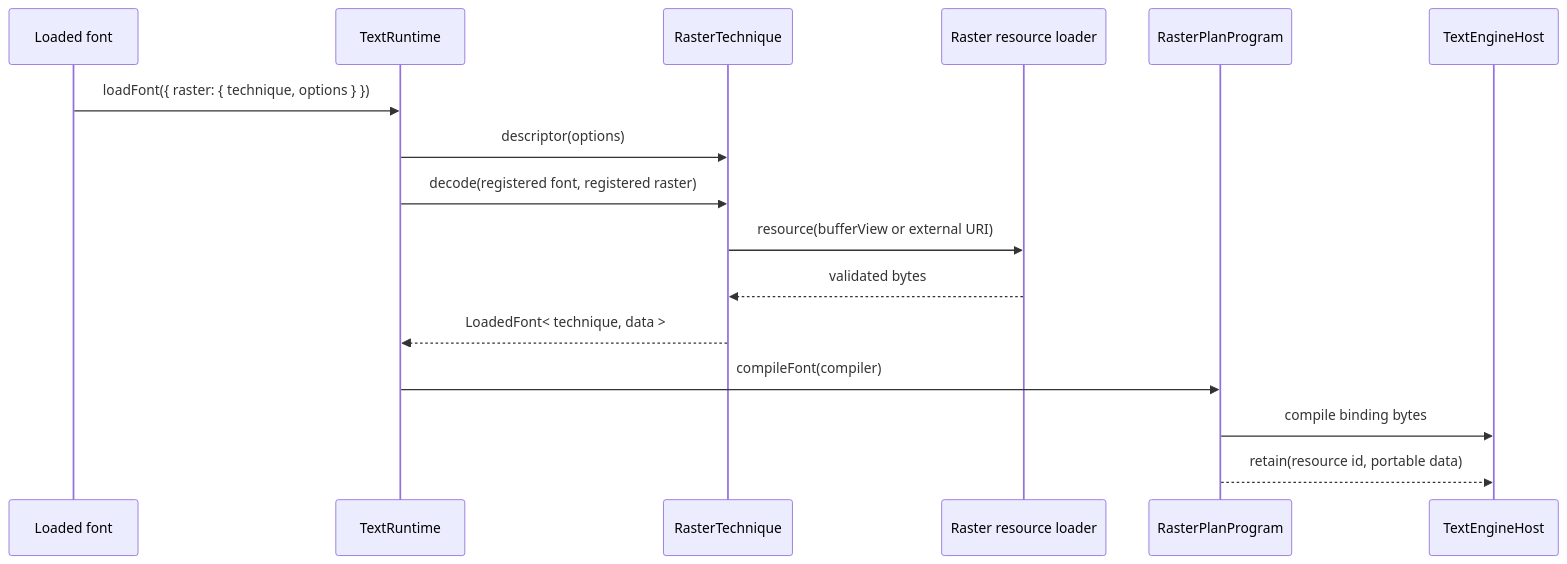
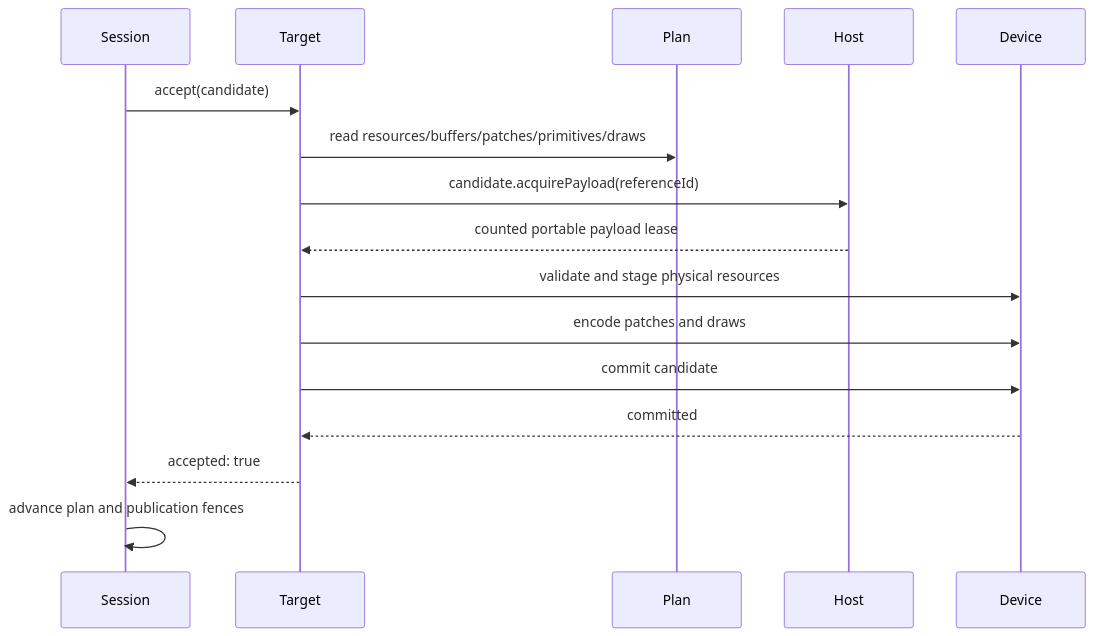
The second of 2 diagrams in docs/guides/technique-implementation-report.md (pmndrs/glyph), drawn with Mermaid before and after one commit. The commit also changed other lines of this file and 146 other files, not shown here.

````diff
--- a/docs/guides/technique-implementation-report.md
+++ b/docs/guides/technique-implementation-report.md
@@ -631,19 +392,19 @@
 ```mermaid
 sequenceDiagram
-  participant Font as Loaded font
-  participant Runtime as TextRuntime
-  participant Technique as RasterTechnique
-  participant Loader as Raster resource loader
-  participant Plan as RasterPlanProgram
-  participant Host as TextEngineHost
+  participant Session
+  participant Target
+  participant Plan
+  participant Host
+  participant Device
 
-  Font->>Runtime: loadFont({ raster: { technique, options } })
-  Runtime->>Technique: descriptor(options)
-  Runtime->>Technique: decode(registered font, registered raster)
-  Technique->>Loader: resource(bufferView or external URI)
-  Loader-->>Technique: validated bytes
-  Technique-->>Runtime: LoadedFont< technique, data >
-  Runtime->>Plan: compileFont(compiler)
-  Plan->>Host: compile binding bytes
-  Plan-->>Host: retain(resource id, portable data)
+  Session->>Target: accept(candidate)
+  Target->>Plan: read resources/buffers/patches/primitives/draws
+  Target->>Host: candidate.acquirePayload(referenceId)
+  Host-->>Target: counted portable payload lease
+  Target->>Device: validate and stage physical resources
+  Target->>Device: encode patches and draws
+  Target->>Device: commit candidate
+  Device-->>Target: committed
+  Target-->>Session: accepted: true
+  Session->>Session: advance plan and publication fences
 ```
````
